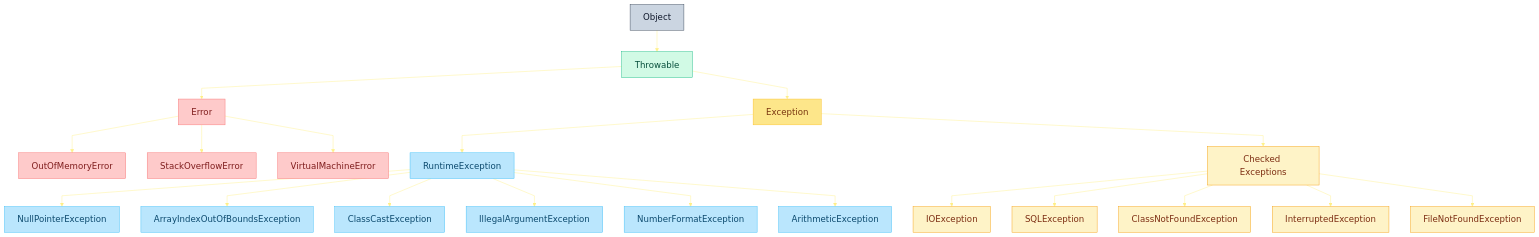
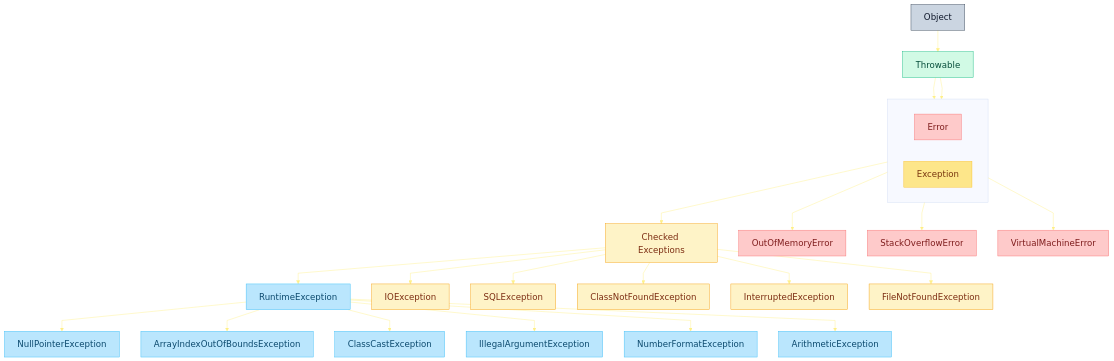
The diagram in til/2-3-exception-handling.md (jeongmo-bae/java-daily-study), drawn with Mermaid before and after one commit.

Commit message:
docs : upload TIL 2-3-exception-handling.md

````diff
--- a/til/2-3-exception-handling.md
+++ b/til/2-3-exception-handling.md
@@ -4,43 +4,56 @@
 ```mermaid
 %%{init:{
   "flowchart":{"curve":"linear"},
   "theme":"base",
   "themeVariables":{
     "fontSize":"20px",
     "lineColor":"#fef08a"
   }
 }}%%
 
 graph TD
+    %% 1) 상단 루트
     O[Object]:::root
     O --> T[Throwable]:::throwable
-    T --> E[Error]:::error
-    T --> X[Exception]:::exception
 
+    %% 2) 두번째 줄: Error = Exception (좌우 배치)
+    subgraph ROW2[ ]
+    direction LR
+        E[Error]:::error
+        X[Exception]:::exception
+    end
+    T --> E
+    T --> X
+
+    %% 3) 세번째/네번째 줄: Checked -> Runtime (세로 체인, 가로폭 축소)
+    X --> C[Checked Exceptions]:::checked
+    C --> R[RuntimeException]:::runtime
+
+    %% 4) Error의 자식들(세로로)
     E --> E1[OutOfMemoryError]:::error
     E --> E2[StackOverflowError]:::error
     E --> E3[VirtualMachineError]:::error
 
-    X --> R[RuntimeException]:::runtime
+    %% 5) Runtime의 자식들(세로로)
     R --> R1[NullPointerException]:::runtime
     R --> R2[ArrayIndexOutOfBoundsException]:::runtime
     R --> R3[ClassCastException]:::runtime
     R --> R4[IllegalArgumentException]:::runtime
     R --> R5[NumberFormatException]:::runtime
     R --> R6[ArithmeticException]:::runtime
 
-    X --> C[Checked Exceptions]:::checked
+    %% 6) Checked의 대표 예시(세로로, 필요시)
     C --> C1[IOException]:::checked
     C --> C2[SQLException]:::checked
     C --> C3[ClassNotFoundException]:::checked
     C --> C4[InterruptedException]:::checked
     C --> C5[FileNotFoundException]:::checked
 
 %% 스타일 정의 (파스텔톤)
     classDef root fill:#cbd5e1,stroke:#334155,color:#0f172a;
     classDef throwable fill:#d1fae5,stroke:#10b981,color:#064e3b;
     classDef error fill:#fecaca,stroke:#f87171,color:#7f1d1d;
     classDef exception fill:#fde68a,stroke:#fbbf24,color:#78350f;
     classDef runtime fill:#bae6fd,stroke:#38bdf8,color:#0c4a6e;
     classDef checked fill:#fef3c7,stroke:#f59e0b,color:#7c2d12;
 ```
````
